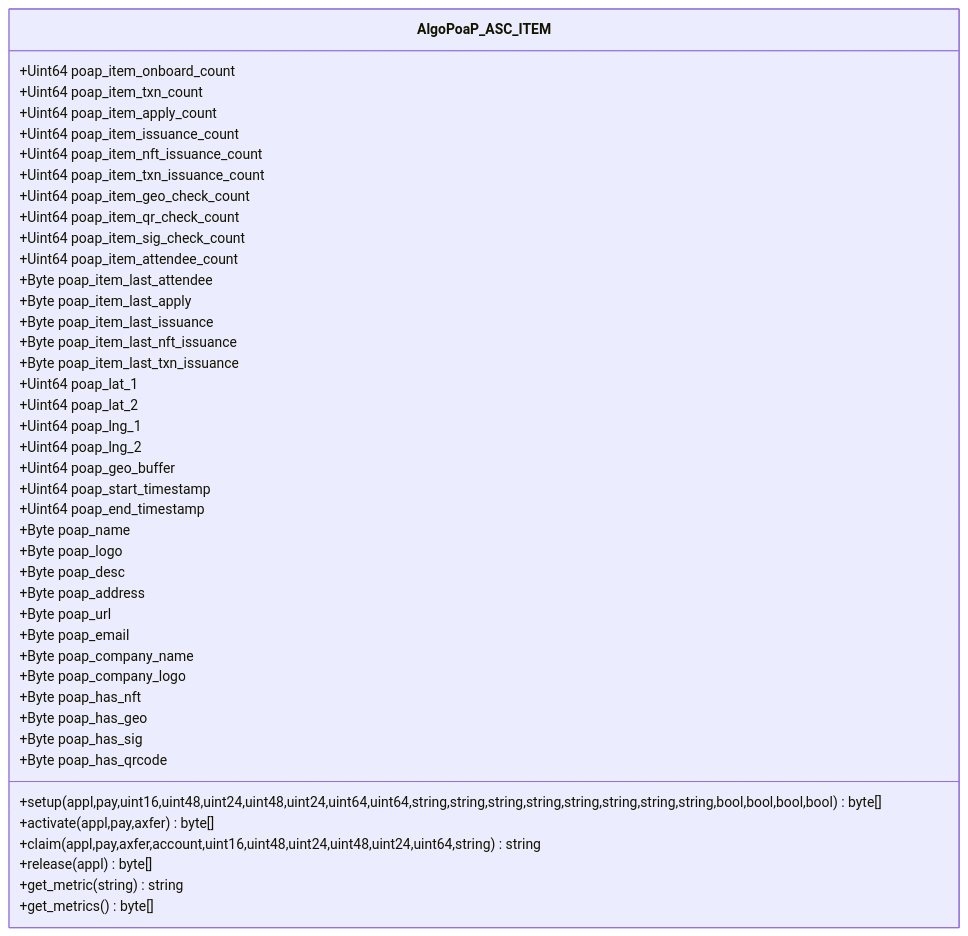
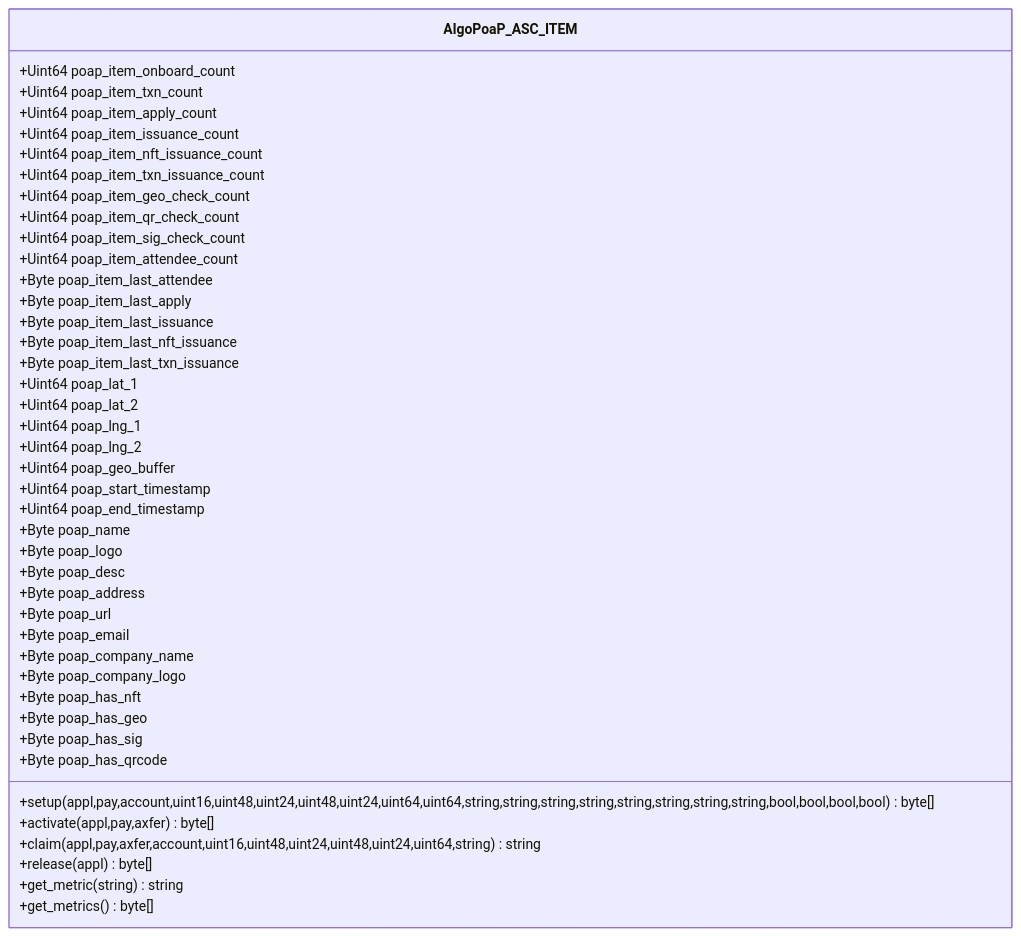
One commit to GoPlausible/.github changed the tenth of 10 diagrams in profile/README.md. Above: the diagram before and after it, drawn with Mermaid. The commit also changed other lines of this file, not shown here.

````diff
--- a/profile/README.md
+++ b/profile/README.md
@@ -594,53 +594,53 @@
 ```mermaid
   classDiagram
     class AlgoPoaP_ASC_ITEM
     AlgoPoaP_ASC_ITEM : +Uint64 poap_item_onboard_count
     AlgoPoaP_ASC_ITEM : +Uint64 poap_item_txn_count
     AlgoPoaP_ASC_ITEM : +Uint64 poap_item_apply_count
     AlgoPoaP_ASC_ITEM : +Uint64 poap_item_issuance_count
     AlgoPoaP_ASC_ITEM : +Uint64 poap_item_nft_issuance_count
     AlgoPoaP_ASC_ITEM : +Uint64 poap_item_txn_issuance_count
 
     AlgoPoaP_ASC_ITEM : +Uint64 poap_item_geo_check_count
     AlgoPoaP_ASC_ITEM : +Uint64 poap_item_qr_check_count
     AlgoPoaP_ASC_ITEM : +Uint64 poap_item_sig_check_count
 
     AlgoPoaP_ASC_ITEM : +Uint64 poap_item_attendee_count
     AlgoPoaP_ASC_ITEM : +Byte poap_item_last_attendee
     AlgoPoaP_ASC_ITEM : +Byte poap_item_last_apply
     AlgoPoaP_ASC_ITEM : +Byte poap_item_last_issuance
     AlgoPoaP_ASC_ITEM : +Byte poap_item_last_nft_issuance
     AlgoPoaP_ASC_ITEM : +Byte poap_item_last_txn_issuance
 
 
     AlgoPoaP_ASC_ITEM : +Uint64 poap_lat_1
     AlgoPoaP_ASC_ITEM : +Uint64 poap_lat_2
     AlgoPoaP_ASC_ITEM : +Uint64 poap_lng_1
     AlgoPoaP_ASC_ITEM : +Uint64 poap_lng_2
     AlgoPoaP_ASC_ITEM : +Uint64 poap_geo_buffer
     AlgoPoaP_ASC_ITEM : +Uint64 poap_start_timestamp
     AlgoPoaP_ASC_ITEM : +Uint64 poap_end_timestamp
     AlgoPoaP_ASC_ITEM : +Byte poap_name
     AlgoPoaP_ASC_ITEM : +Byte poap_logo
     AlgoPoaP_ASC_ITEM : +Byte poap_desc
     AlgoPoaP_ASC_ITEM : +Byte poap_address
     AlgoPoaP_ASC_ITEM : +Byte poap_url
     AlgoPoaP_ASC_ITEM : +Byte poap_email
     AlgoPoaP_ASC_ITEM : +Byte poap_company_name
     AlgoPoaP_ASC_ITEM : +Byte poap_company_logo
     AlgoPoaP_ASC_ITEM : +Byte poap_has_nft
     AlgoPoaP_ASC_ITEM : +Byte poap_has_geo
     AlgoPoaP_ASC_ITEM : +Byte poap_has_sig
     AlgoPoaP_ASC_ITEM : +Byte poap_has_qrcode
 
 
-    AlgoPoaP_ASC_ITEM : +setup(appl,pay,uint16,uint48,uint24,uint48,uint24,uint64,uint64,string,string,string,string,string,string,string,string,bool,bool,bool,bool)byte[]
+    AlgoPoaP_ASC_ITEM : +setup(appl,pay,account,uint16,uint48,uint24,uint48,uint24,uint64,uint64,string,string,string,string,string,string,string,string,bool,bool,bool,bool)byte[]
     AlgoPoaP_ASC_ITEM : +activate(appl,pay,axfer)byte[]
     AlgoPoaP_ASC_ITEM : +claim(appl,pay,axfer,account,uint16,uint48,uint24,uint48,uint24,uint64,string)string
     AlgoPoaP_ASC_ITEM : +release(appl)byte[]
     AlgoPoaP_ASC_ITEM : +get_metric(string)string
     AlgoPoaP_ASC_ITEM : +get_metrics()byte[]
     
   
     
 ```
````
